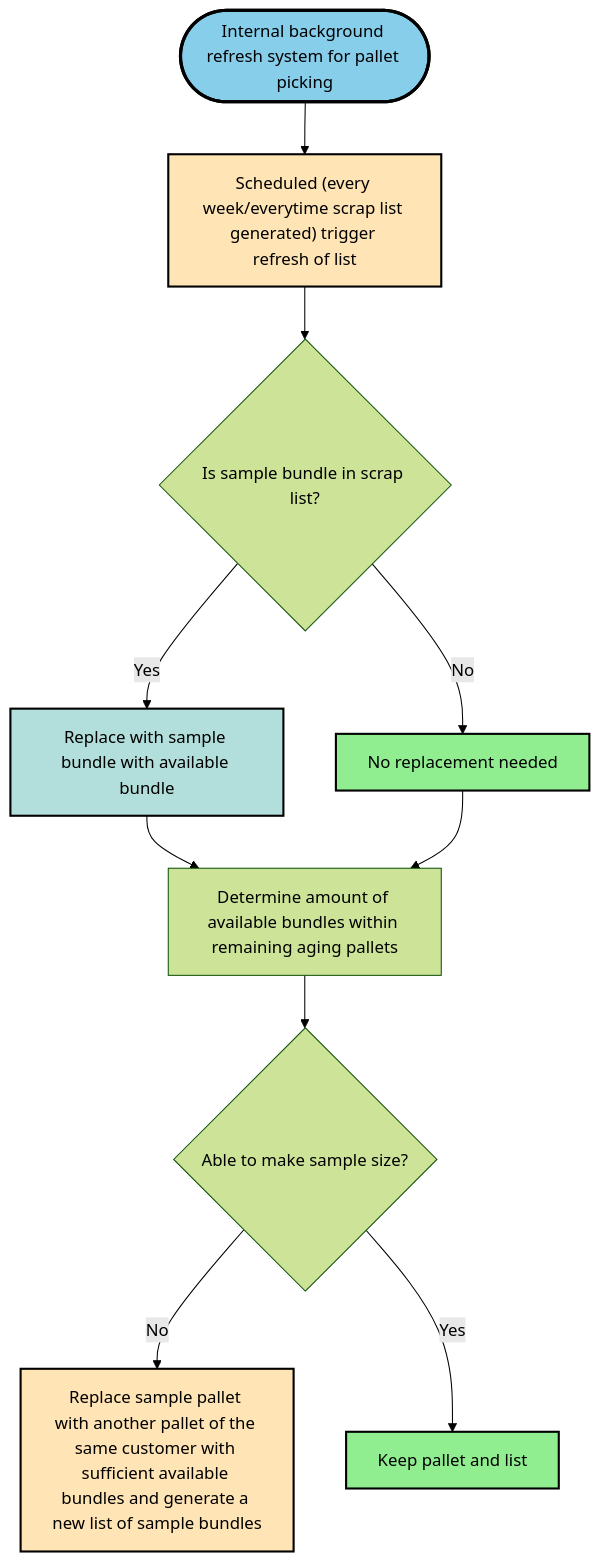
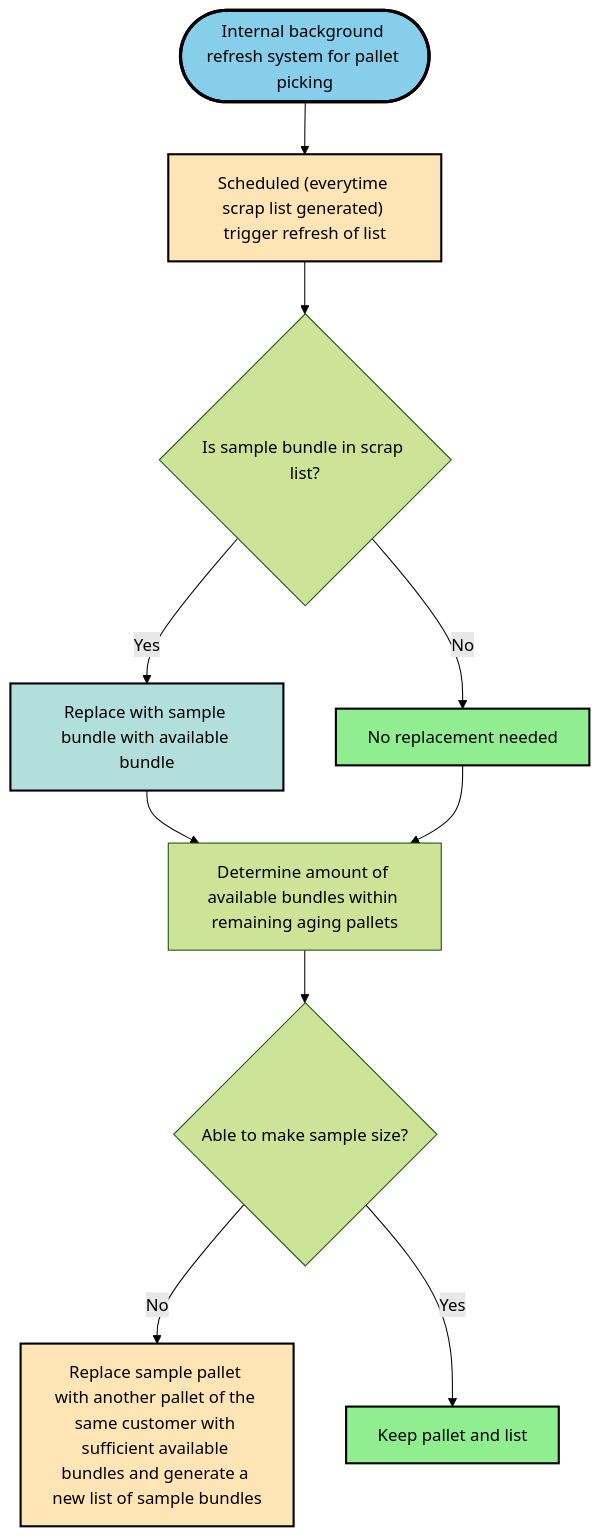
Before and after one commit to kohjs/RMC-Cycle-Count: the eighth of 8 diagrams in workflow.md, drawn with Mermaid (forest theme). The commit also changed 1 other file, not shown here.

Commit message:
recent changes

````diff
--- a/workflow.md
+++ b/workflow.md
@@ -289,25 +289,25 @@
 ```mermaid
 flowchart TD
-    n1(["Internal background refresh system for pallet picking"]) --> n4["Scheduled (every week/everytime scrap list generated) trigger refresh of list"]
+    n1(["Internal background refresh system for pallet picking"]) --> n4["Scheduled (everytime scrap list generated) trigger refresh of list"]
     n2["Determine amount of available bundles within remaining aging pallets"] --> n3["Able to make sample size?"]
     n4 --> n7["Is sample bundle in scrap list?"]
     n3 -- No --> n5["Replace sample pallet with another pallet of the same customer with sufficient available bundles and generate a new list of sample bundles"]
     n3 -- Yes --> n6["Keep pallet and list"]
     n7 -- Yes --> n8["Replace with sample bundle with available bundle"]
     n7 -- No --> n9["No replacement needed"]
     n8 --> n2
     n9 --> n2
 
     n3@{ shape: diam}
     n7@{ shape: diam}
 
     style n1 fill:#87CEEB,stroke:#000,stroke-width:3px,color:#000
     style n2 color:#000
     style n3 color:#000
     style n4 fill:#FFE4B5,stroke:#000,stroke-width:2px,color:#000
     style n5 fill:#FFE4B5,stroke:#000,stroke-width:2px,color:#000
     style n6 fill:#90EE90,stroke:#000,stroke-width:2px,color:#000
     style n7 color:#000
     style n8 fill:#B2DFDB,stroke:#000,stroke-width:2px,color:#000
     style n9 fill:#90EE90,stroke:#000,stroke-width:2px,color:#000
 ```
````
